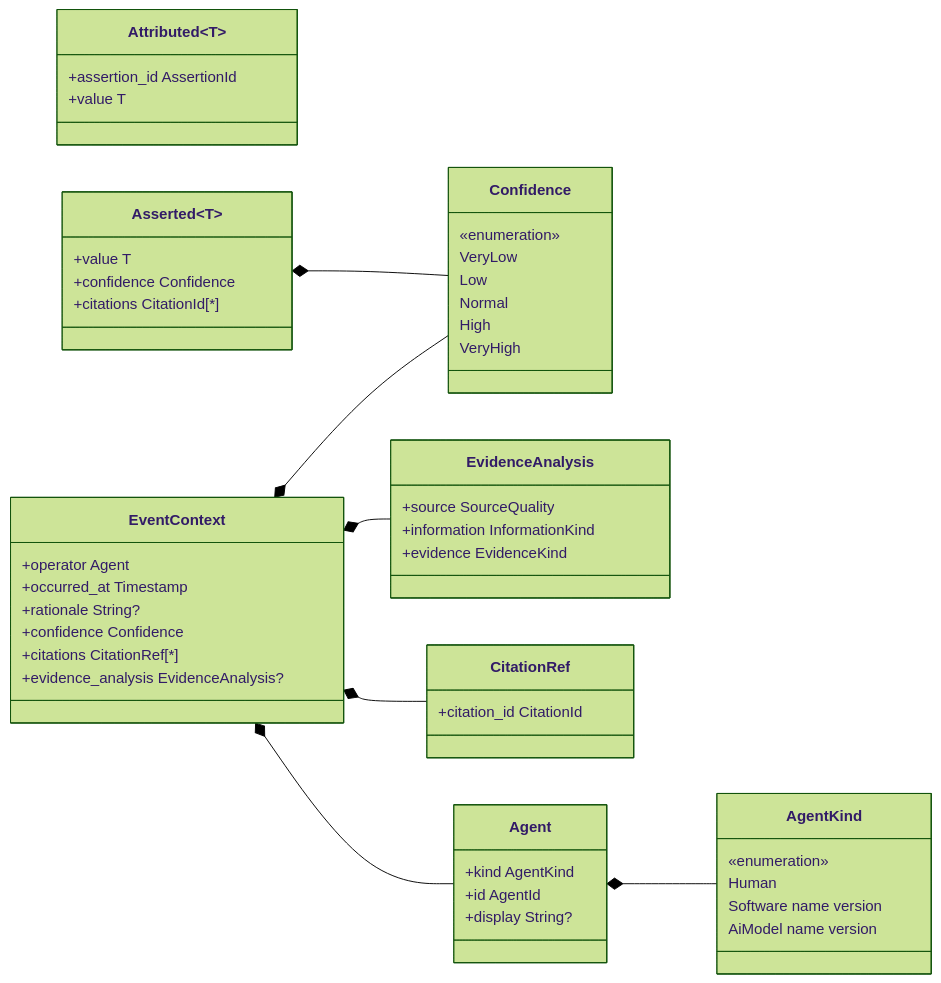
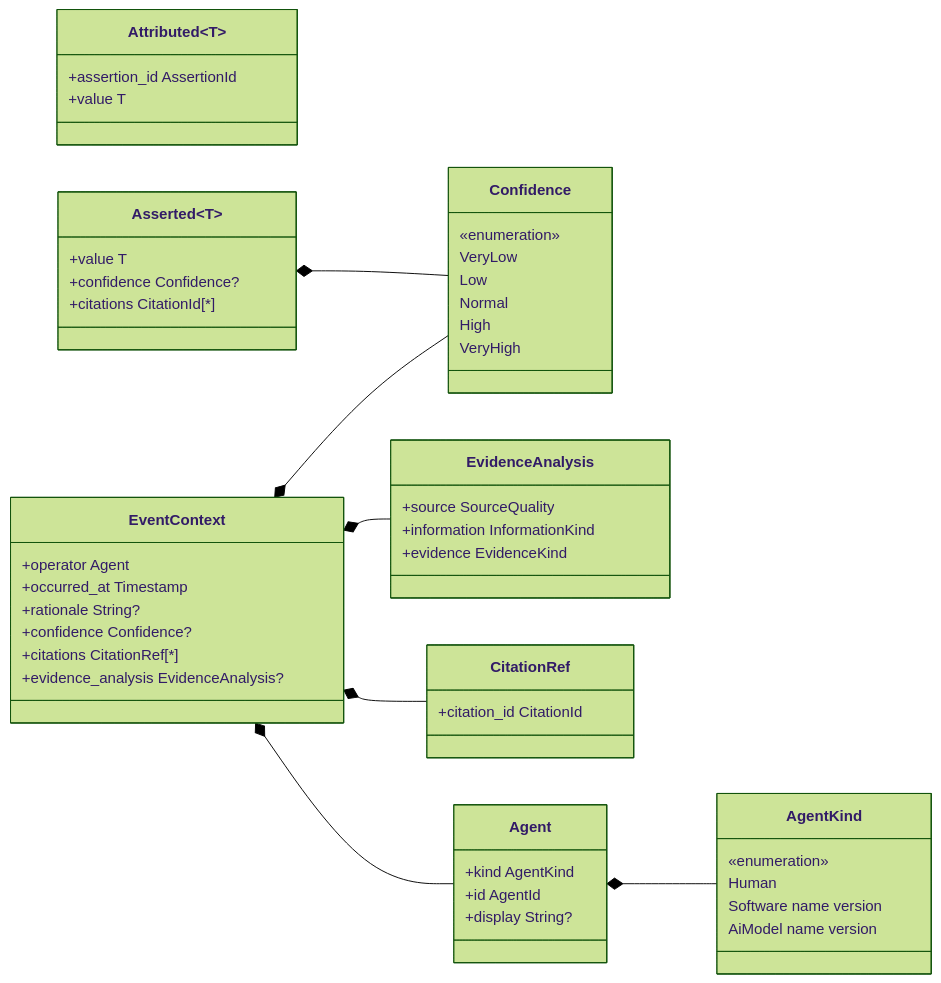
Before and after one commit to magne/vitni: the second of 7 diagrams in docs/data-model-diagram.md, drawn with Mermaid (forest theme). The commit also changed other lines of this file and 3 other files, not shown here.

````diff
--- a/docs/data-model-diagram.md
+++ b/docs/data-model-diagram.md
@@ -107,56 +107,56 @@
 ```mermaid
 classDiagram
     direction LR
 
     class Attributed~T~ {
         +assertion_id AssertionId
         +value T
     }
     class Asserted~T~ {
         +value T
-        +confidence Confidence
+        +confidence Confidence?
         +citations CitationId[*]
     }
     class EventContext {
         +operator Agent
         +occurred_at Timestamp
         +rationale String?
-        +confidence Confidence
+        +confidence Confidence?
         +citations CitationRef[*]
         +evidence_analysis EvidenceAnalysis?
     }
     class Agent {
         +kind AgentKind
         +id AgentId
         +display String?
     }
     class AgentKind {
         «enumeration»
         Human
         Software name version
         AiModel name version
     }
     class Confidence {
         «enumeration»
         VeryLow
         Low
         Normal
         High
         VeryHigh
     }
     class EvidenceAnalysis {
         +source SourceQuality
         +information InformationKind
         +evidence EvidenceKind
     }
     class CitationRef {
         +citation_id CitationId
     }
 
     EventContext *-- Agent
     Agent *-- AgentKind
     EventContext *-- CitationRef
     EventContext *-- EvidenceAnalysis
     EventContext *-- Confidence
     Asserted~T~ *-- Confidence
 ```
````
